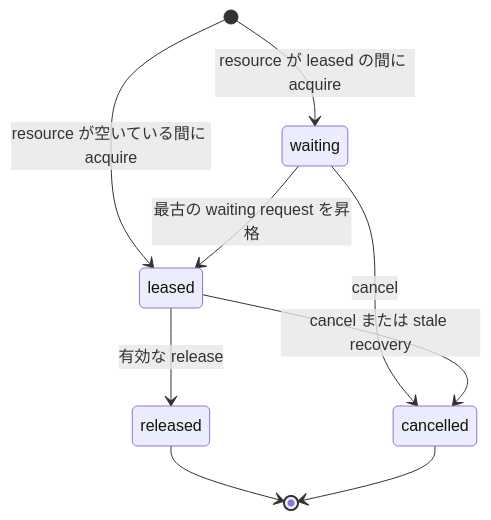
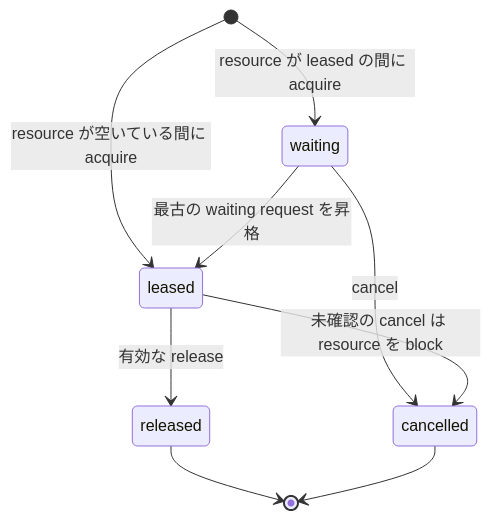
Before and after one commit to LiltoneJG/flybridge: the second of 2 diagrams in docs/ja/specification.md, drawn with Mermaid. The commit also changed other lines of this file and 25 other files, not shown here.

Commit message:
Redesign resource queue dispatch and recovery

````diff
--- a/docs/ja/specification.md
+++ b/docs/ja/specification.md
@@ -97,11 +97,11 @@
 ```mermaid
 stateDiagram-v2
     [*] --> waiting: resource が leased の間に acquire
     [*] --> leased: resource が空いている間に acquire
     waiting --> leased: 最古の waiting request を昇格
     waiting --> cancelled: cancel
     leased --> released: 有効な release
-    leased --> cancelled: cancel または stale recovery
+    leased --> cancelled: 未確認の cancel は resource を block
     released --> [*]
     cancelled --> [*]
 ```
````
